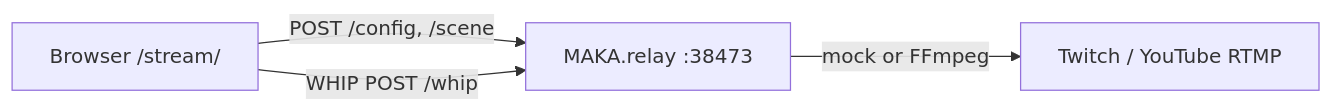
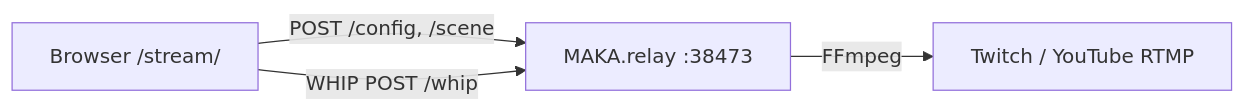
Before and after one commit to n0social/maka-streaming-software: the diagram in docs/web-relay.md, drawn with Mermaid. The commit also changed other lines of this file and 25 other files, not shown here.

First line of the commit message:
Remove closed MAKArelay.exe and dev mock; Electron uses open relay only

````diff
--- a/docs/web-relay.md
+++ b/docs/web-relay.md
@@ -109,10 +99,10 @@
 ```mermaid
 flowchart LR
   Browser["Browser /stream/"]
   Relay["MAKA.relay :38473"]
   RTMP["Twitch / YouTube RTMP"]
 
   Browser -->|"POST /config, /scene"| Relay
   Browser -->|"WHIP POST /whip"| Relay
-  Relay -->|"mock or FFmpeg"| RTMP
+  Relay -->|"FFmpeg"| RTMP
 ```
````
